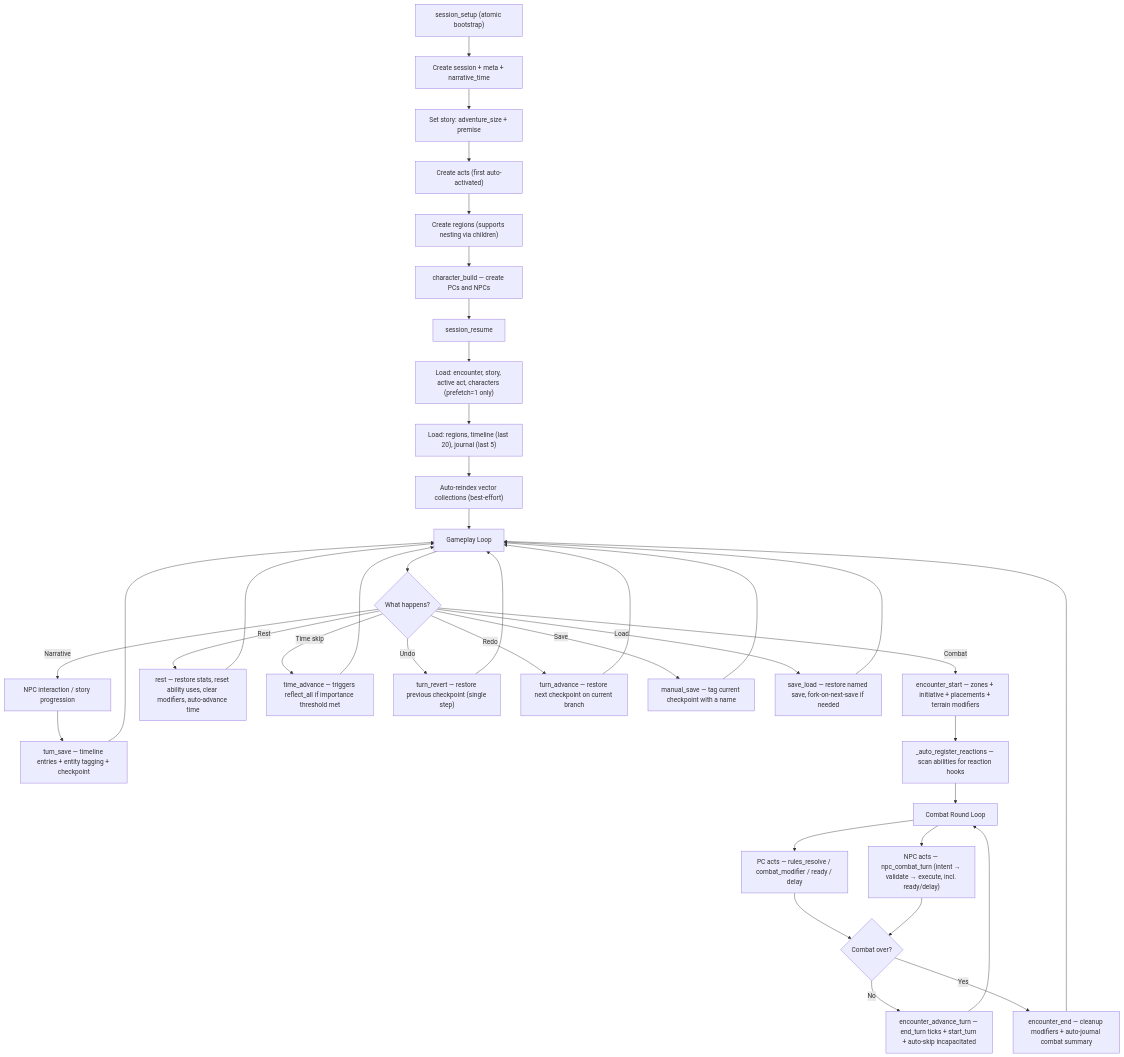
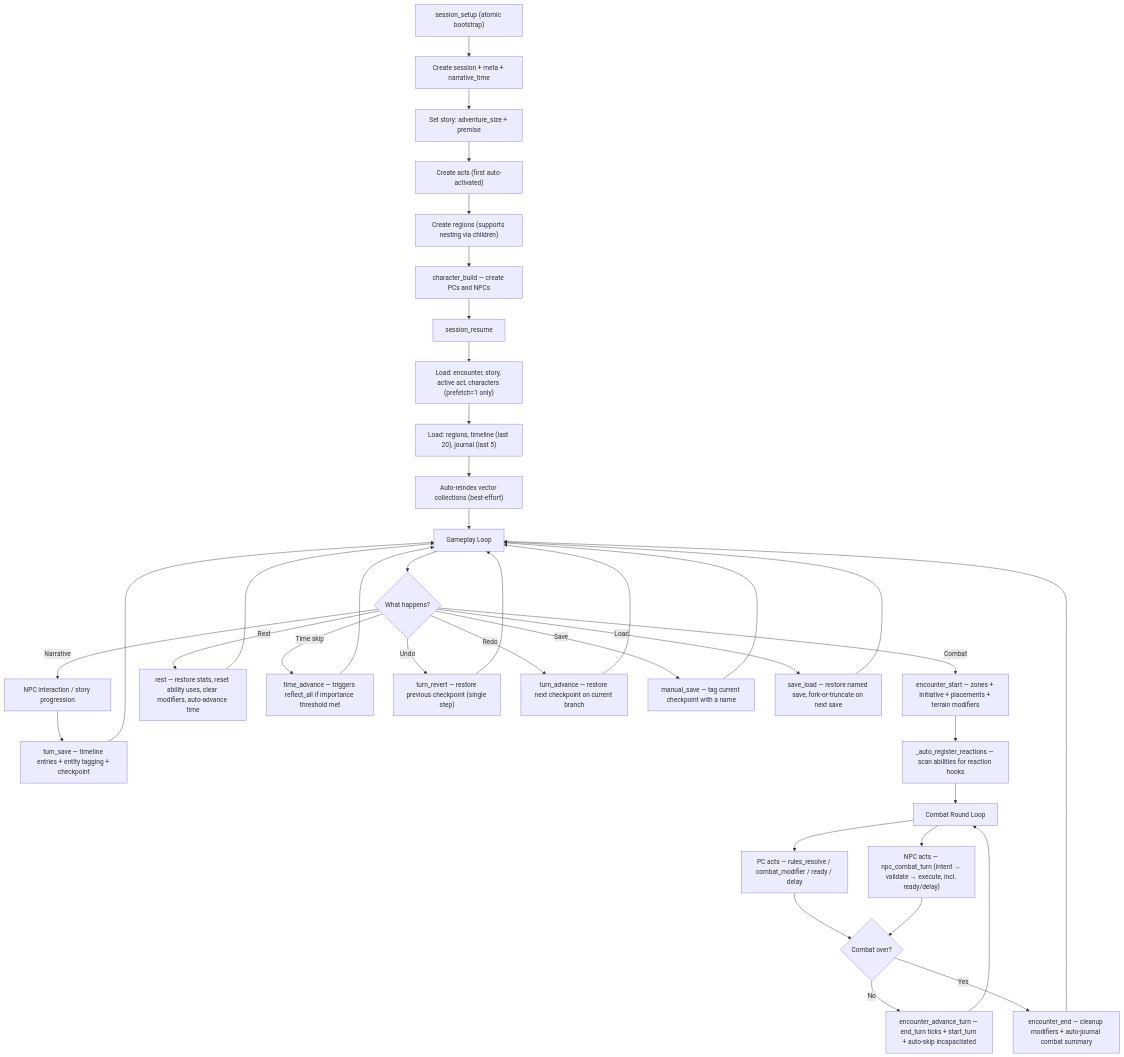
The third of 9 diagrams in ARCHITECTURE.md (matluz1/lorekit), drawn with Mermaid before and after one commit. The commit also changed other lines of this file and 5 other files, not shown here.

First line of the commit message:
docs: update ARCHITECTURE.md for smart truncation, prefix client-only tools

````diff
--- a/ARCHITECTURE.md
+++ b/ARCHITECTURE.md
@@ -566,50 +566,50 @@
 ```mermaid
 flowchart TD
     A["session_setup (atomic bootstrap)"] --> B["Create session + meta + narrative_time"]
     B --> B1["Set story: adventure_size + premise"]
     B1 --> B2["Create acts (first auto-activated)"]
     B2 --> B3["Create regions (supports nesting via children)"]
     B3 --> C["character_build — create PCs and NPCs"]
 
     C --> D[session_resume]
     D --> D2["Load: encounter, story, active act, characters (prefetch=1 only)"]
     D2 --> D3["Load: regions, timeline (last 20), journal (last 5)"]
     D3 --> D4["Auto-reindex vector collections (best-effort)"]
     D4 --> E[Gameplay Loop]
 
     E --> F{What happens?}
 
     F -->|Narrative| G[NPC interaction / story progression]
     G --> G1["turn_save — timeline entries + entity tagging + checkpoint"]
     G1 --> E
 
     F -->|Combat| H["encounter_start — zones + initiative + placements + terrain modifiers"]
     H --> H1["_auto_register_reactions — scan abilities for reaction hooks"]
     H1 --> I[Combat Round Loop]
     I --> I1["PC acts — rules_resolve / combat_modifier / ready / delay"]
     I --> I2["NPC acts — npc_combat_turn (intent → validate → execute, incl. ready/delay)"]
     I1 --> I3{Combat over?}
     I2 --> I3
     I3 -->|No| I4["encounter_advance_turn — end_turn ticks + start_turn + auto-skip incapacitated"]
     I4 --> I
     I3 -->|Yes| J["encounter_end — cleanup modifiers + auto-journal combat summary"]
     J --> E
 
     F -->|Rest| K["rest — restore stats, reset ability uses, clear modifiers, auto-advance time"]
     K --> E
 
     F -->|Time skip| L["time_advance — triggers reflect_all if importance threshold met"]
     L --> E
 
     F -->|Undo| M["turn_revert — restore previous checkpoint (single step)"]
     M --> E
 
     F -->|Redo| N["turn_advance — restore next checkpoint on current branch"]
     N --> E
 
     F -->|Save| O["manual_save — tag current checkpoint with a name"]
     O --> E
 
-    F -->|Load| P["save_load — restore named save, fork-on-next-save if needed"]
+    F -->|Load| P["save_load — restore named save, fork-or-truncate on next save"]
     P --> E
 ```
````
